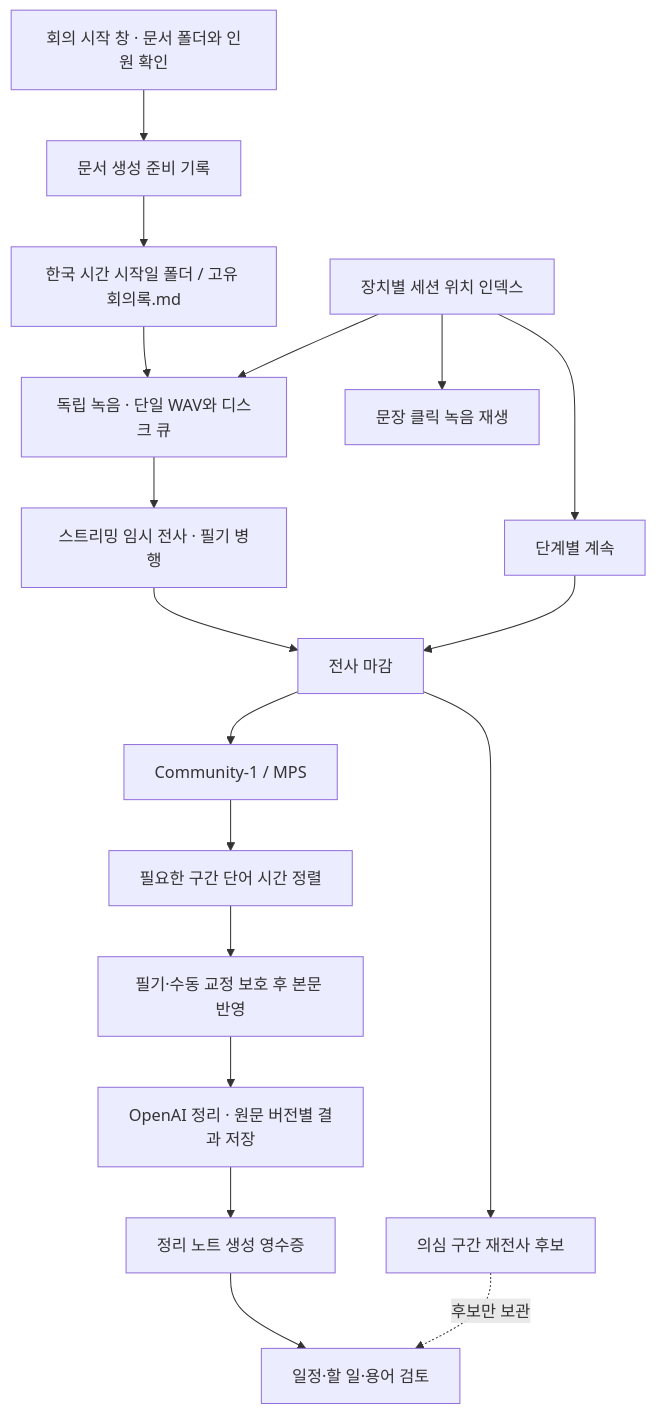
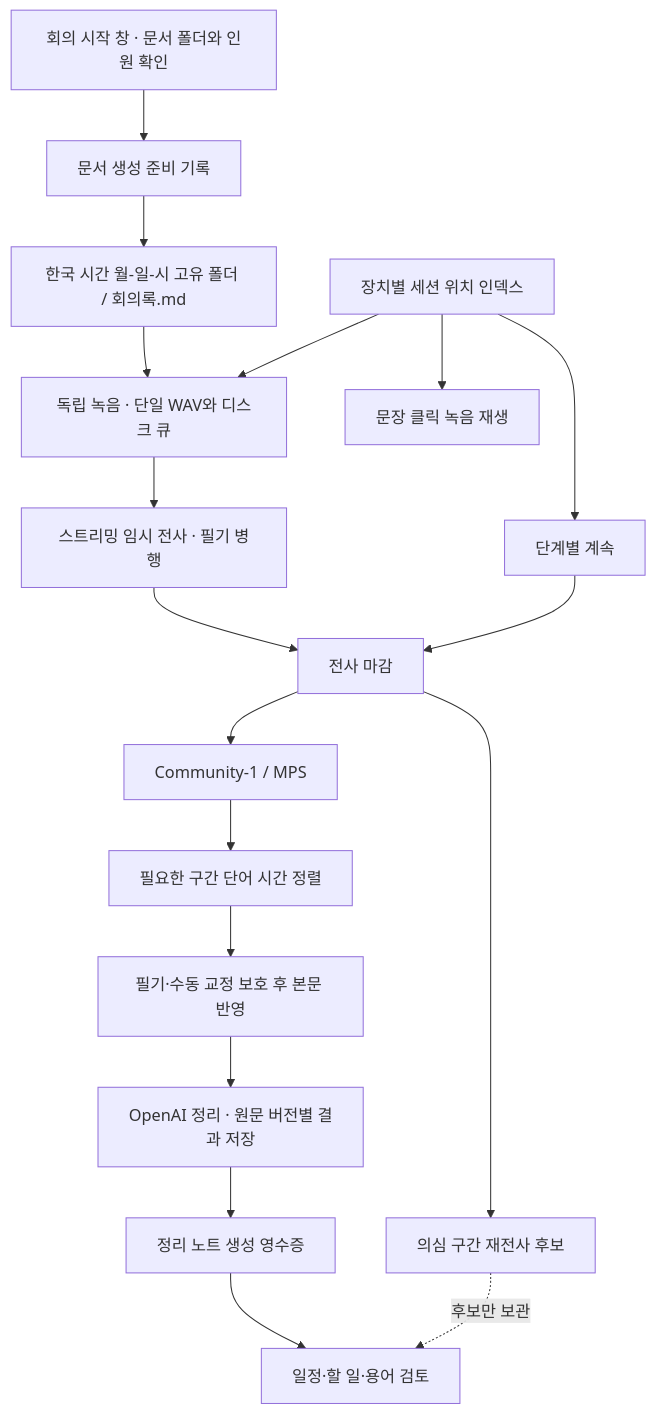
The diagram in docs/STORAGE-RETRY.ko.md (organic4597/obsidian-local-meeting), drawn with Mermaid before and after one commit. The commit also changed other lines of this file and 12 other files, not shown here.

````diff
--- a/docs/STORAGE-RETRY.ko.md
+++ b/docs/STORAGE-RETRY.ko.md
@@ -17,20 +19,20 @@
 ```mermaid
 flowchart TD
   Setup[회의 시작 창 · 문서 폴더와 인원 확인] --> Intent[문서 생성 준비 기록]
-  Intent --> Note[한국 시간 시작일 폴더 / 고유 회의록.md]
+  Intent --> Note[한국 시간 월-일-시 고유 폴더 / 회의록.md]
   Note --> Capture[독립 녹음 · 단일 WAV와 디스크 큐]
   Capture --> STT[스트리밍 임시 전사 · 필기 병행]
   STT --> Close[전사 마감]
   Close --> Candidate[의심 구간 재전사 후보]
   Close --> Diarization[Community-1 / MPS]
   Diarization --> Align[필요한 구간 단어 시간 정렬]
   Align --> Commit[필기·수동 교정 보호 후 본문 반영]
   Commit --> AI[OpenAI 정리 · 원문 버전별 결과 저장]
   AI --> Publish[정리 노트 생성 영수증]
   Publish --> Review[일정·할 일·용어 검토]
   Candidate -. 후보만 보관 .-> Review
   Resolver[장치별 세션 위치 인덱스] --> Capture
   Resolver --> Playback[문장 클릭 녹음 재생]
   Resolver --> Retry[단계별 계속]
   Retry --> Close
 ```
````
